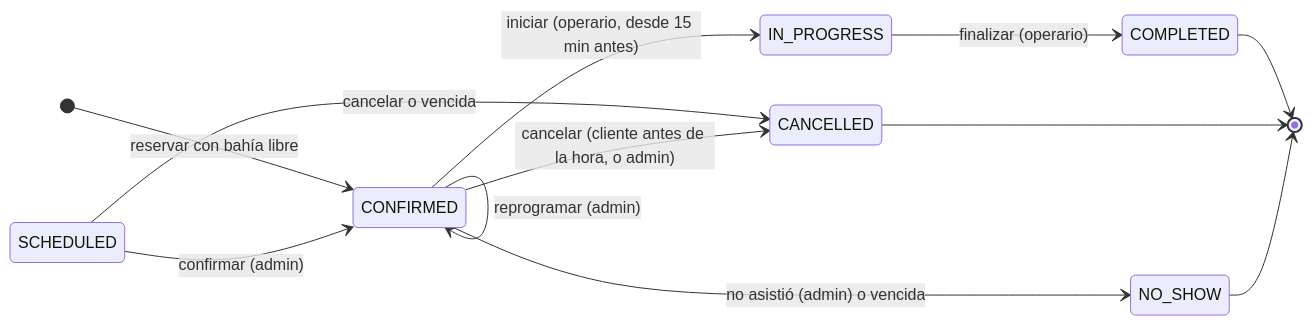
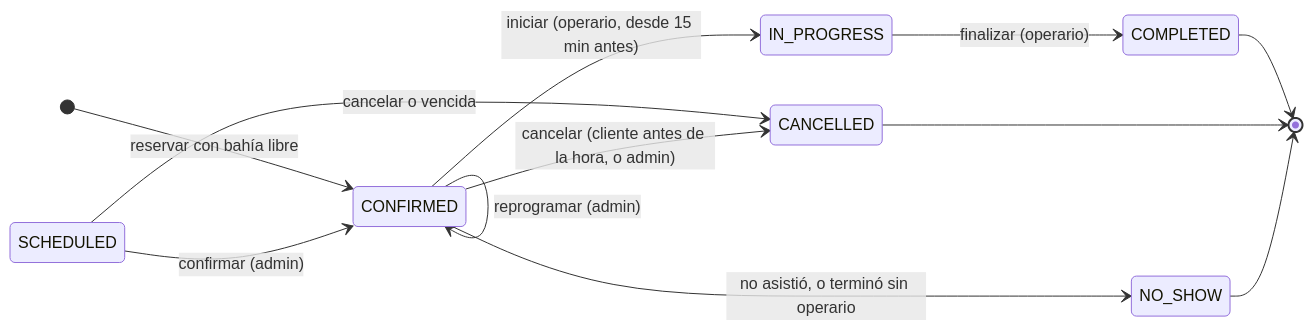
One commit to BrayanCABRERA123/lavarapido-docs changed the second of 2 diagrams in 09_MANUALES/ES/MD/manual-tecnico.md. Above: the diagram before and after it, drawn with Mermaid. The commit also changed other lines of this file and 2 other files, not shown here.

````diff
--- a/09_MANUALES/ES/MD/manual-tecnico.md
+++ b/09_MANUALES/ES/MD/manual-tecnico.md
@@ -884,15 +886,15 @@
 ```mermaid
 stateDiagram-v2
     direction LR
     [*] --> CONFIRMED : reservar con bahía libre
     SCHEDULED --> CONFIRMED : confirmar (admin)
     SCHEDULED --> CANCELLED : cancelar o vencida
     CONFIRMED --> CONFIRMED : reprogramar (admin)
     CONFIRMED --> IN_PROGRESS : iniciar (operario, desde 15 min antes)
     CONFIRMED --> CANCELLED : cancelar (cliente antes de la hora, o admin)
-    CONFIRMED --> NO_SHOW : no asistió (admin) o vencida
+    CONFIRMED --> NO_SHOW : no asistió, o terminó sin operario
     IN_PROGRESS --> COMPLETED : finalizar (operario)
     COMPLETED --> [*]
     CANCELLED --> [*]
     NO_SHOW --> [*]
 ```
````
